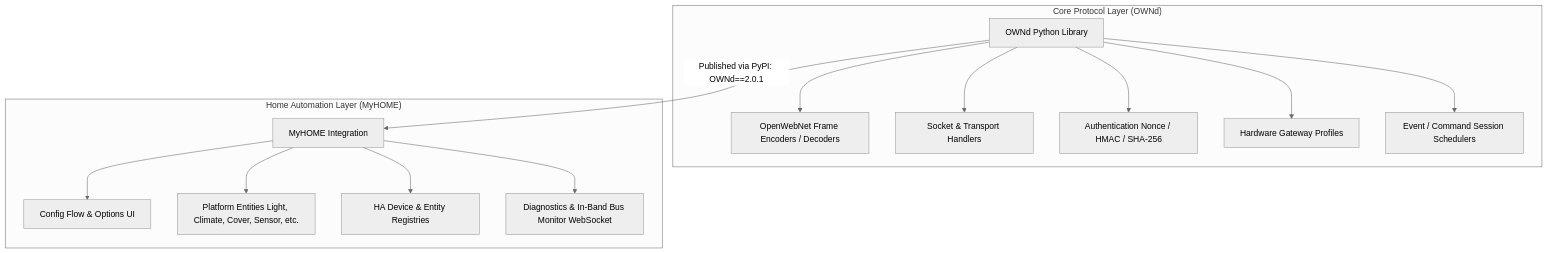
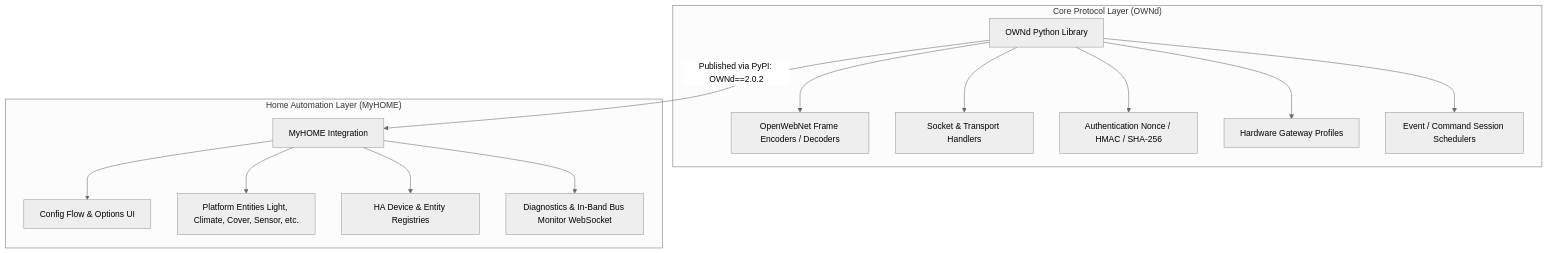
Before and after one commit to OpenWebNet-HA/MyHOME: the first of 2 diagrams in docs/architecture/anti-drift-safeguards.md, drawn with Mermaid (neutral theme). The commit also changed other lines of this file and 317 other files, not shown here.

````diff
--- a/docs/architecture/anti-drift-safeguards.md
+++ b/docs/architecture/anti-drift-safeguards.md
@@ -11,19 +11,19 @@
 ```mermaid
 graph TD
     subgraph "Core Protocol Layer (OWNd)"
         A[OWNd Python Library] --> A1[OpenWebNet Frame Encoders / Decoders]
         A --> A2[Socket & Transport Handlers]
         A --> A3[Authentication Nonce / HMAC / SHA-256]
         A --> A4[Hardware Gateway Profiles]
         A --> A5[Event / Command Session Schedulers]
     end
 
     subgraph "Home Automation Layer (MyHOME)"
         B[MyHOME Integration] --> B1[Config Flow & Options UI]
         B --> B2[Platform Entities Light, Climate, Cover, Sensor, etc.]
         B --> B3[HA Device & Entity Registries]
         B --> B4[Diagnostics & In-Band Bus Monitor WebSocket]
     end
 
-    A -->|Published via PyPI: OWNd==2.0.1| B
+    A -->|Published via PyPI: OWNd==2.0.2| B
 ```
````
